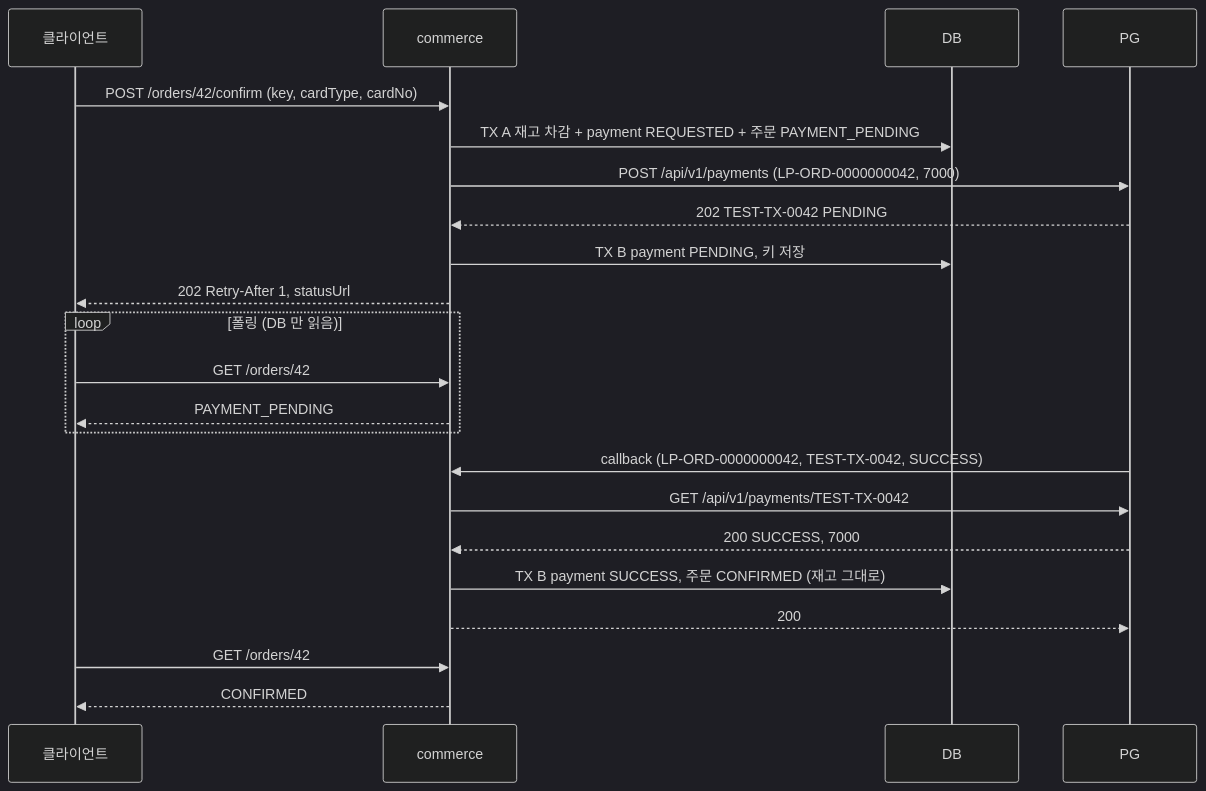
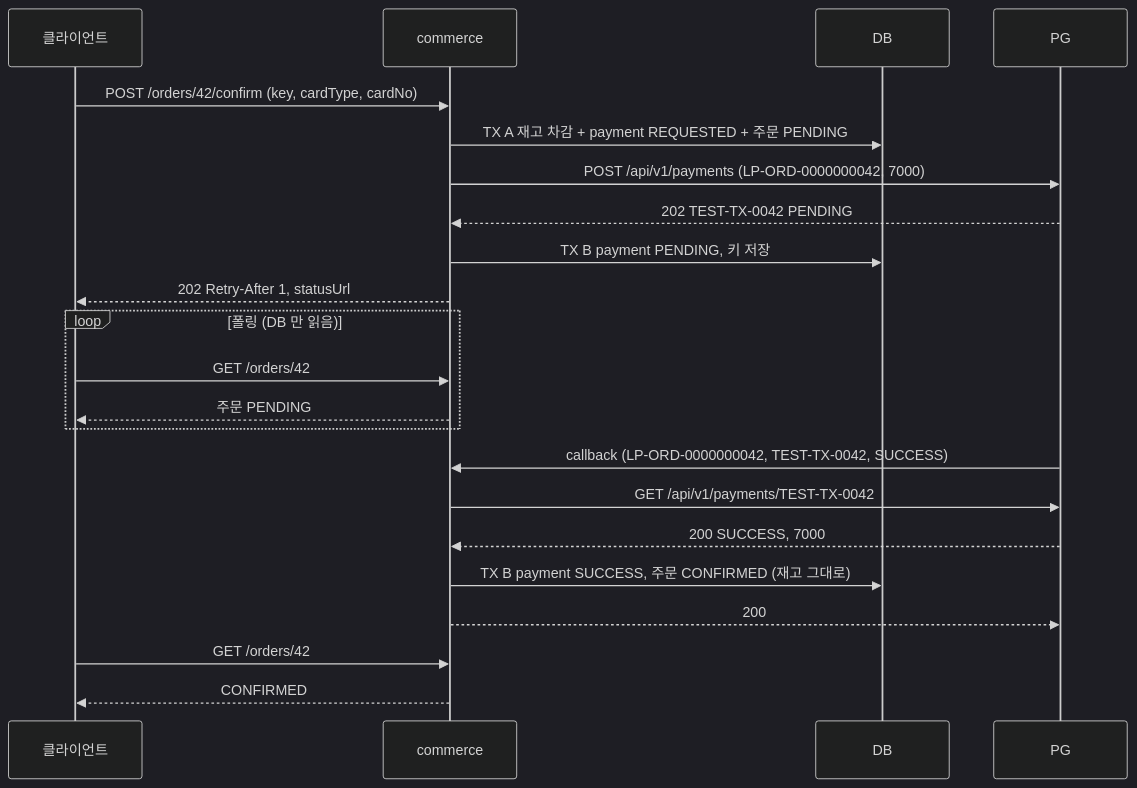
One commit to loopers-labs/loop-pack-be-l2-vol5-java changed the third of 9 diagrams in docs/week5/design.md. Above: the diagram before and after it, drawn with Mermaid (dark theme). The commit also changed other lines of this file and 24 other files, not shown here.

Commit message:
feat: TX A — 주문을 잠그고 키를 DRAFT 보다 먼저 본 뒤 재고 차감 · REQUESTED 기록 · 주문 PENDING 을 한 트랜잭션에

````diff
--- a/docs/week5/design.md
+++ b/docs/week5/design.md
@@ -300,24 +315,24 @@
 ```mermaid
 sequenceDiagram
     participant C as 클라이언트
     participant A as commerce
     participant DB
     participant PG
     C->>A: POST /orders/42/confirm (key, cardType, cardNo)
-    A->>DB: TX A 재고 차감 + payment REQUESTED + 주문 PAYMENT_PENDING
+    A->>DB: TX A 재고 차감 + payment REQUESTED + 주문 PENDING
     A->>PG: POST /api/v1/payments (LP-ORD-0000000042, 7000)
     PG-->>A: 202 TEST-TX-0042 PENDING
     A->>DB: TX B payment PENDING, 키 저장
     A-->>C: 202 Retry-After 1, statusUrl
     loop 폴링 (DB 만 읽음)
         C->>A: GET /orders/42
-        A-->>C: PAYMENT_PENDING
+        A-->>C: 주문 PENDING
     end
     PG->>A: callback (LP-ORD-0000000042, TEST-TX-0042, SUCCESS)
     A->>PG: GET /api/v1/payments/TEST-TX-0042
     PG-->>A: 200 SUCCESS, 7000
     A->>DB: TX B payment SUCCESS, 주문 CONFIRMED (재고 그대로)
     A-->>PG: 200
     C->>A: GET /orders/42
     A-->>C: CONFIRMED
 ```
````
